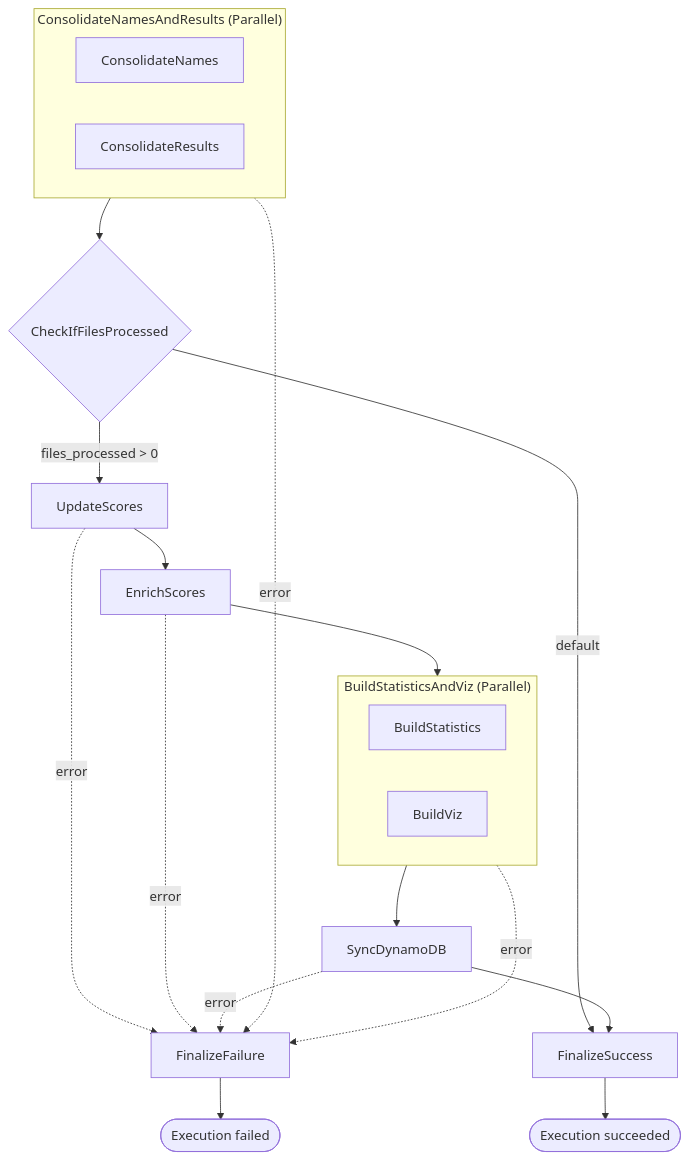
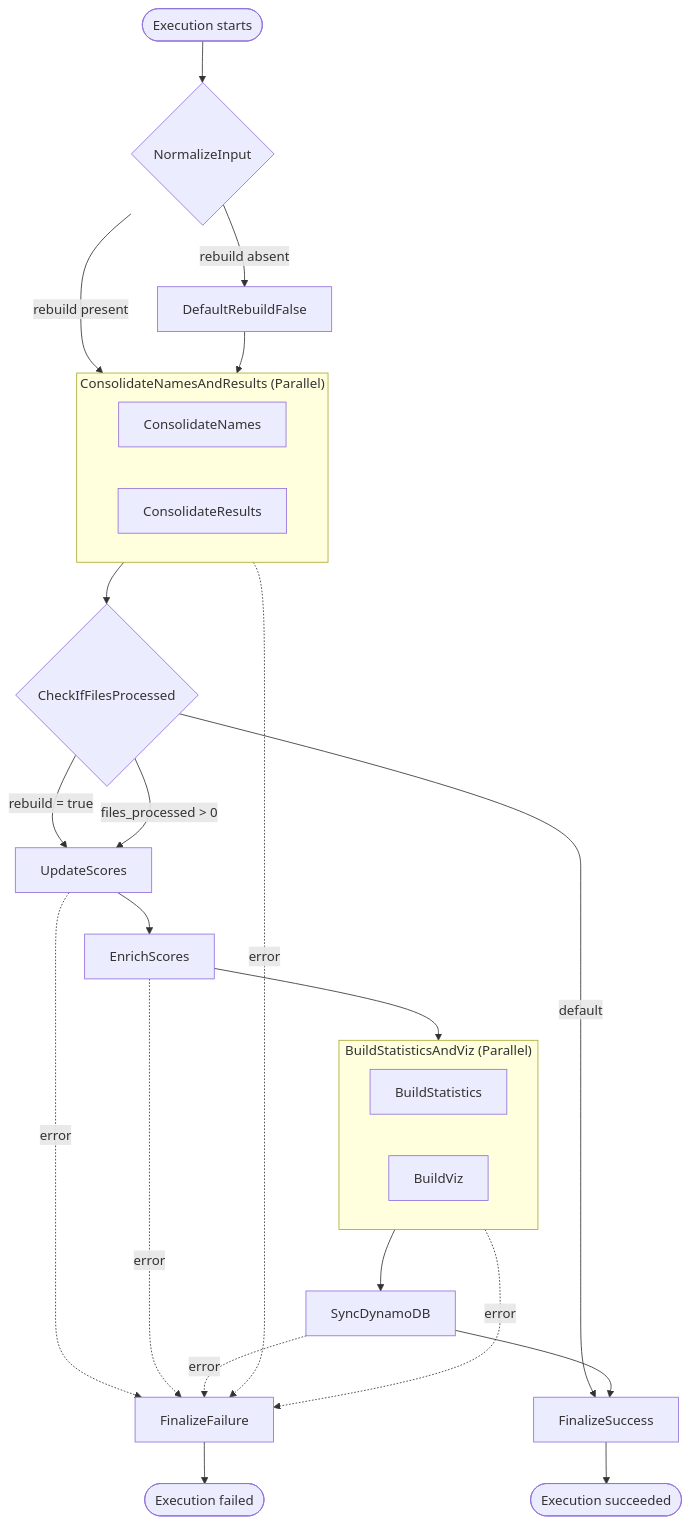
The diagram in state-machine/README.md (tor-gu/toa-data-pipeline), drawn with Mermaid before and after one commit. The commit also changed other lines of this file and 10 other files, not shown here.

````diff
--- a/state-machine/README.md
+++ b/state-machine/README.md
@@ -7,29 +7,34 @@
 ```mermaid
 flowchart TD
+    Start([Execution starts]) --> Norm{NormalizeInput}
+    Norm -->|rebuild absent| DefaultRebuildFalse
+    Norm -->|rebuild present| ConsolidatePar
+    DefaultRebuildFalse --> ConsolidatePar
     ConsolidatePar --> Check{CheckIfFilesProcessed}
+    Check -->|rebuild = true| UpdateScores
     Check -->|files_processed > 0| UpdateScores
     Check -->|default| FinalizeSuccess
     UpdateScores --> EnrichScores
     EnrichScores --> Par
 
     subgraph ConsolidatePar["ConsolidateNamesAndResults (Parallel)"]
         ConsolidateNames
         ConsolidateResults
     end
 
     subgraph Par["BuildStatisticsAndViz (Parallel)"]
         BuildStatistics
         BuildViz
     end
 
     Par --> SyncDynamoDB
     SyncDynamoDB --> FinalizeSuccess
     FinalizeSuccess --> Succeeded([Execution succeeded])
 
     ConsolidatePar -.->|error| FinalizeFailure
     UpdateScores -.->|error| FinalizeFailure
     EnrichScores -.->|error| FinalizeFailure
     Par -.->|error| FinalizeFailure
     SyncDynamoDB -.->|error| FinalizeFailure
     FinalizeFailure --> ExecutionFailed([Execution failed])
 ```
````
